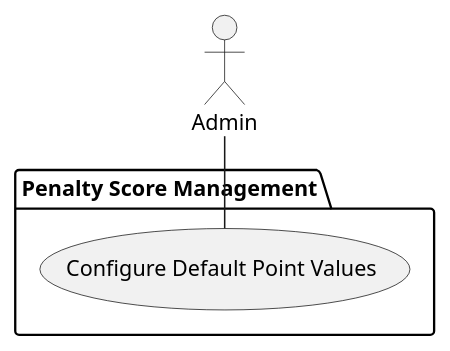
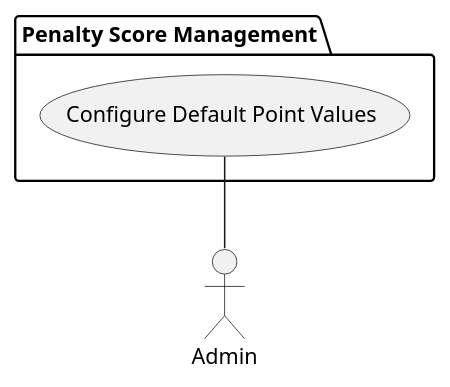
The diagram in Use Cases/ConfigureDefaultPointValues.iuml (bmb0136/COMP-3700-Project), drawn with PlantUML before and after one commit. The commit also changed 13 other files, not shown here.

Commit message:
Fix formatting in main diagram

```diff
--- a/Use Cases/ConfigureDefaultPointValues.iuml
+++ b/Use Cases/ConfigureDefaultPointValues.iuml
@@ -1,7 +1,7 @@
 @startuml Configure Default Point Values
 actor :Admin:
 package "Penalty Score Management" {
   (Configure Default Point Values) as ConfDefPts
 }
-Admin -- ConfDefPts
+Admin -up- ConfDefPts
 @enduml
```
